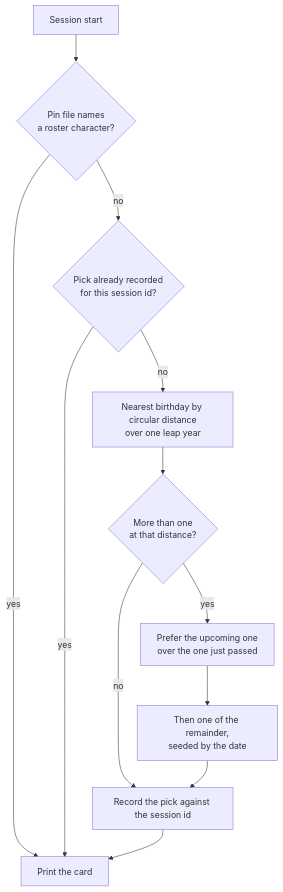
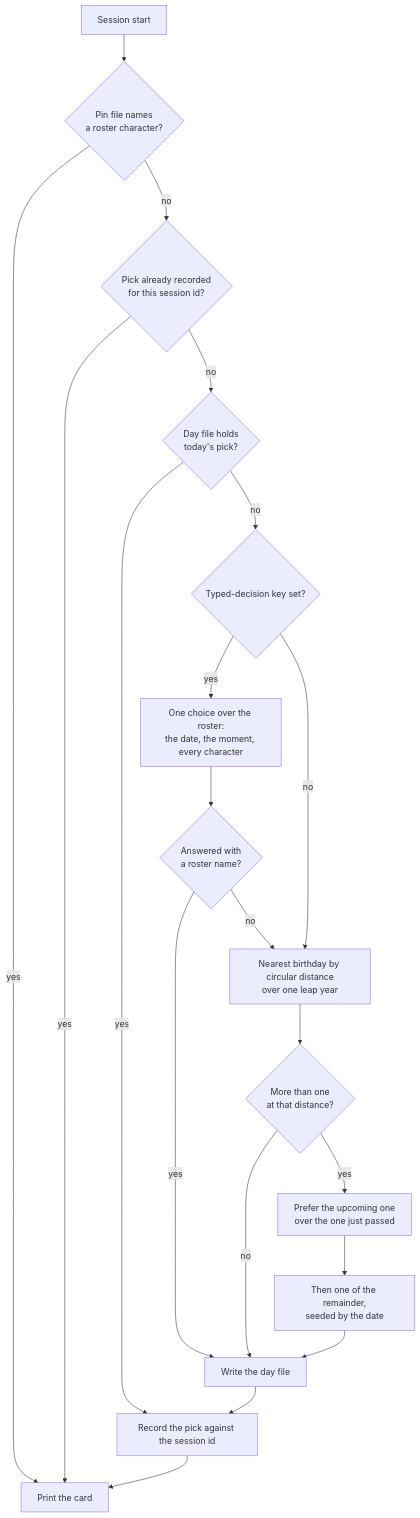
Before and after one commit to Esposter/Esposter: the second of 4 diagrams in apps/web/content/docs/infra/claude-interface/persona-plugin.md, drawn with Mermaid. The commit also changed other lines of this file and 33 other files, not shown here.

First line of the commit message:
feat(genshin-persona): the day's character picked by lore behind a TypeSafe key, and a volume for spoken replies

````diff
--- a/apps/web/content/docs/infra/claude-interface/persona-plugin.md
+++ b/apps/web/content/docs/infra/claude-interface/persona-plugin.md
@@ -62,24 +64,37 @@
 ```mermaid
 flowchart TD
     Start[Session start]
     Pinned{Pin file names<br/>a roster character?}
     Known{Pick already recorded<br/>for this session id?}
+    Day{Day file holds<br/>today's pick?}
+    Key{Typed-decision key set?}
+    Lore[One choice over the roster:<br/>the date, the moment, every character]
+    Answered{Answered with<br/>a roster name?}
     Nearest[Nearest birthday by circular distance<br/>over one leap year]
     Tie{More than one<br/>at that distance?}
     Upcoming[Prefer the upcoming one<br/>over the one just passed]
     Seeded[Then one of the remainder,<br/>seeded by the date]
+    Settle[Write the day file]
     Record[Record the pick against the session id]
     Print[Print the card]
 
     Start --> Pinned
     Pinned -- yes --> Print
     Pinned -- no --> Known
     Known -- yes --> Print
-    Known -- no --> Nearest
+    Known -- no --> Day
+    Day -- yes --> Record
+    Day -- no --> Key
+    Key -- yes --> Lore
+    Key -- no --> Nearest
+    Lore --> Answered
+    Answered -- yes --> Settle
+    Answered -- no --> Nearest
     Nearest --> Tie
-    Tie -- no --> Record
+    Tie -- no --> Settle
     Tie -- yes --> Upcoming
     Upcoming --> Seeded
-    Seeded --> Record
+    Seeded --> Settle
+    Settle --> Record
     Record --> Print
 ```
````
